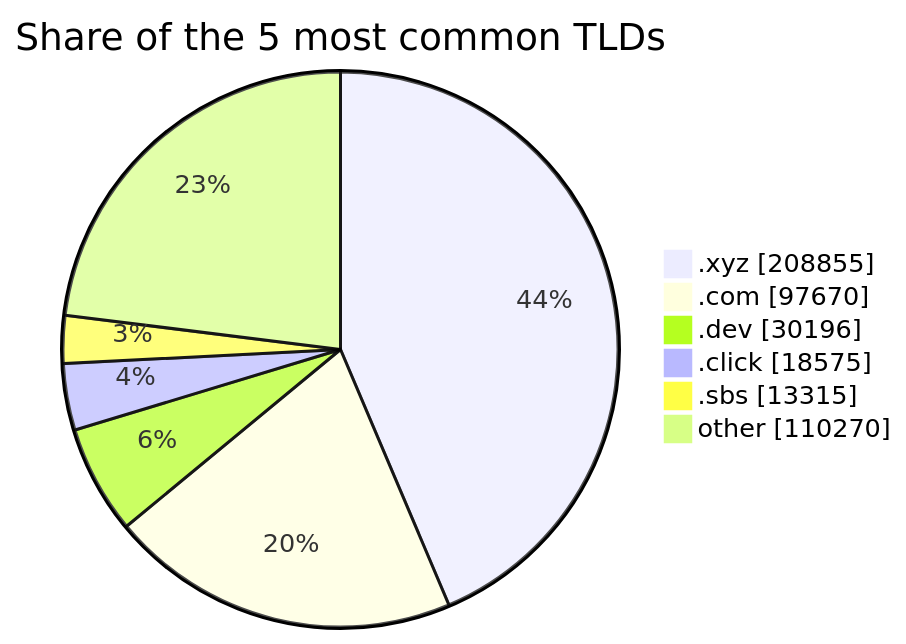
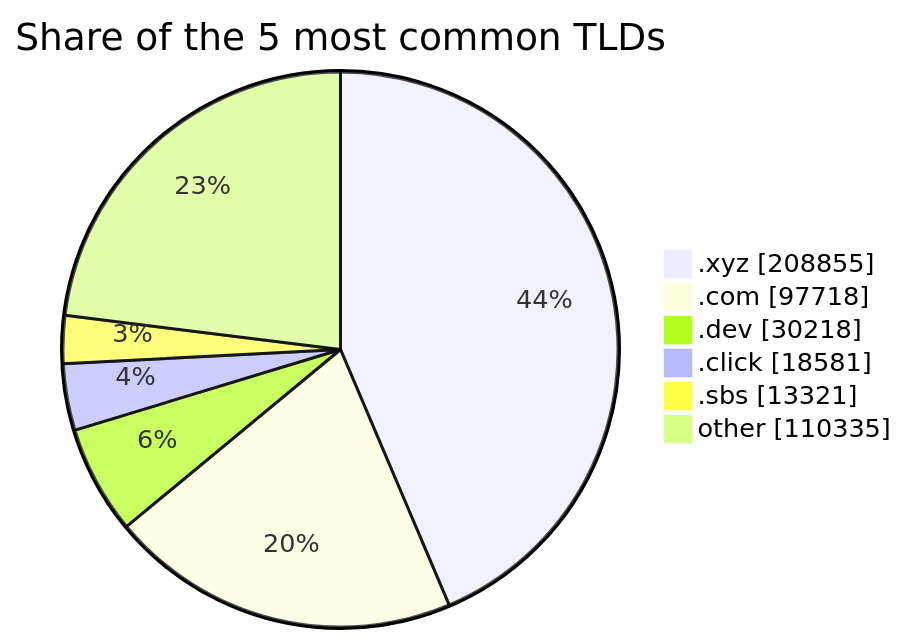
Before and after one commit to DNSBunker/CTI: the third of 3 diagrams in README.md, drawn with Mermaid. The commit also changed other lines of this file and 3 other files, not shown here.

````diff
--- a/README.md
+++ b/README.md
@@ -81,9 +81,9 @@
 ```mermaid
 pie showData title Share of the 5 most common TLDs
     ".xyz" : 208855
-    ".com" : 97670
-    ".dev" : 30196
-    ".click" : 18575
-    ".sbs" : 13315
-    "other" : 110270
+    ".com" : 97718
+    ".dev" : 30218
+    ".click" : 18581
+    ".sbs" : 13321
+    "other" : 110335
 ```
````
